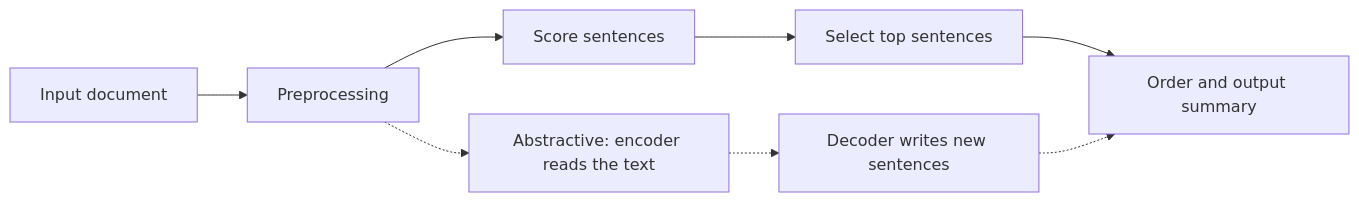
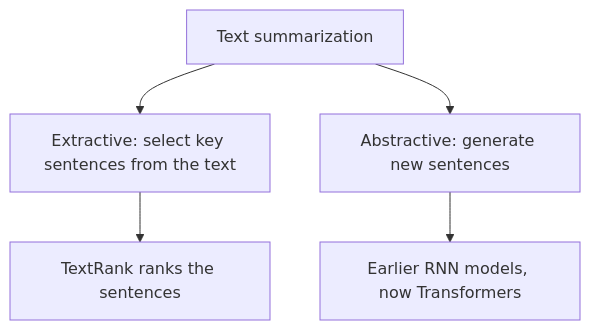
Before and after one commit to TrendySloth1001/sem-seven-notes: the diagram in content/natural-language-processing/pyq/2024-12-ce/q6a.mdx, drawn with Mermaid. The commit also changed other lines of this file and 406 other files, not shown here.

````diff
--- a/content/natural-language-processing/pyq/2024-12-ce/q6a.mdx
+++ b/content/natural-language-processing/pyq/2024-12-ce/q6a.mdx
@@ -25,11 +9,8 @@
 ```mermaid
-%% caption: Extractive summarization scores sentences and keeps the best; abstractive summarization reads the text and writes new sentences.
-flowchart LR
-  A["Input document"] --> B["Preprocessing"]
-  B --> C["Score sentences"]
-  C --> D["Select top sentences"]
-  D --> E["Order and output summary"]
-  B -.-> F["Abstractive: encoder reads the text"]
-  F -.-> G["Decoder writes new sentences"]
-  G -.-> E
+%% caption: The two types of text summarization.
+flowchart TD
+  S["Text summarization"] --> E["Extractive: select key sentences from the text"]
+  S --> A["Abstractive: generate new sentences"]
+  E --> T["TextRank ranks the sentences"]
+  A --> X["Earlier RNN models, now Transformers"]
 ```
````
